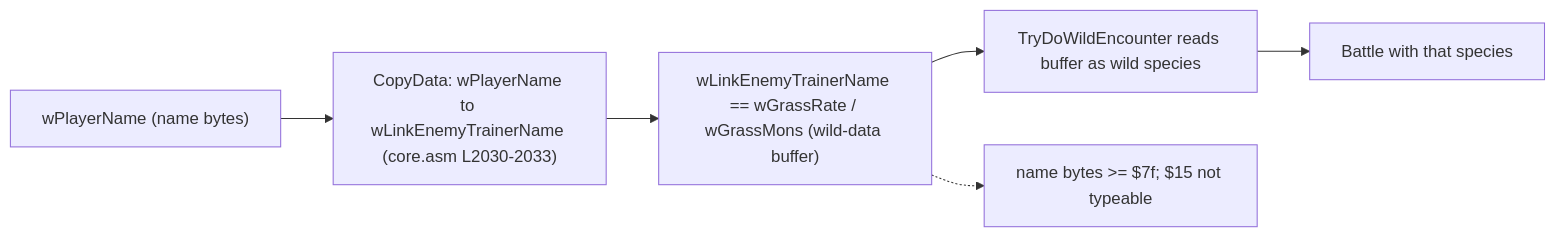
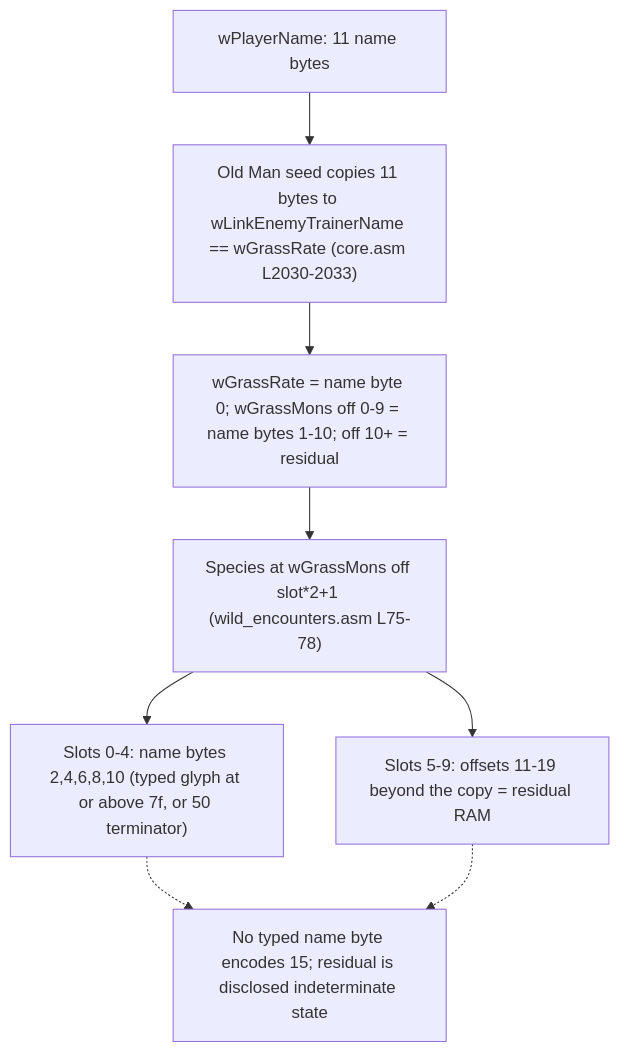
The diagram in docs/mew-acquisition/methods/mf-2-cinnabar-name-buffer.md (Blitzy-Sandbox/pokered), drawn with Mermaid before and after one commit. The commit also changed other lines of this file and 9 other files, not shown here.

````diff
--- a/docs/mew-acquisition/methods/mf-2-cinnabar-name-buffer.md
+++ b/docs/mew-acquisition/methods/mf-2-cinnabar-name-buffer.md
@@ -73,8 +75,10 @@
 ```mermaid
-flowchart LR
-    NAME["wPlayerName (name bytes)"] --> COPY["CopyData: wPlayerName to wLinkEnemyTrainerName (core.asm L2030-2033)"]
-    COPY --> BUF["wLinkEnemyTrainerName == wGrassRate / wGrassMons (wild-data buffer)"]
-    BUF --> READ["TryDoWildEncounter reads buffer as wild species"]
-    READ --> BATTLE["Battle with that species"]
-    BUF -.-> NOTE["name bytes >= $7f; $15 not typeable"]
+flowchart TD
+    NAME["wPlayerName: 11 name bytes"] --> COPY["Old Man seed copies 11 bytes to wLinkEnemyTrainerName == wGrassRate (core.asm L2030-2033)"]
+    COPY --> BUF["wGrassRate = name byte 0; wGrassMons off 0-9 = name bytes 1-10; off 10+ = residual"]
+    BUF --> SLOTS["Species at wGrassMons off slot*2+1 (wild_encounters.asm L75-78)"]
+    SLOTS --> LOW["Slots 0-4: name bytes 2,4,6,8,10 (typed glyph at or above 7f, or 50 terminator)"]
+    SLOTS --> HIGH["Slots 5-9: offsets 11-19 beyond the copy = residual RAM"]
+    LOW -.-> BOUND["No typed name byte encodes 15; residual is disclosed indeterminate state"]
+    HIGH -.-> BOUND
 ```
````
